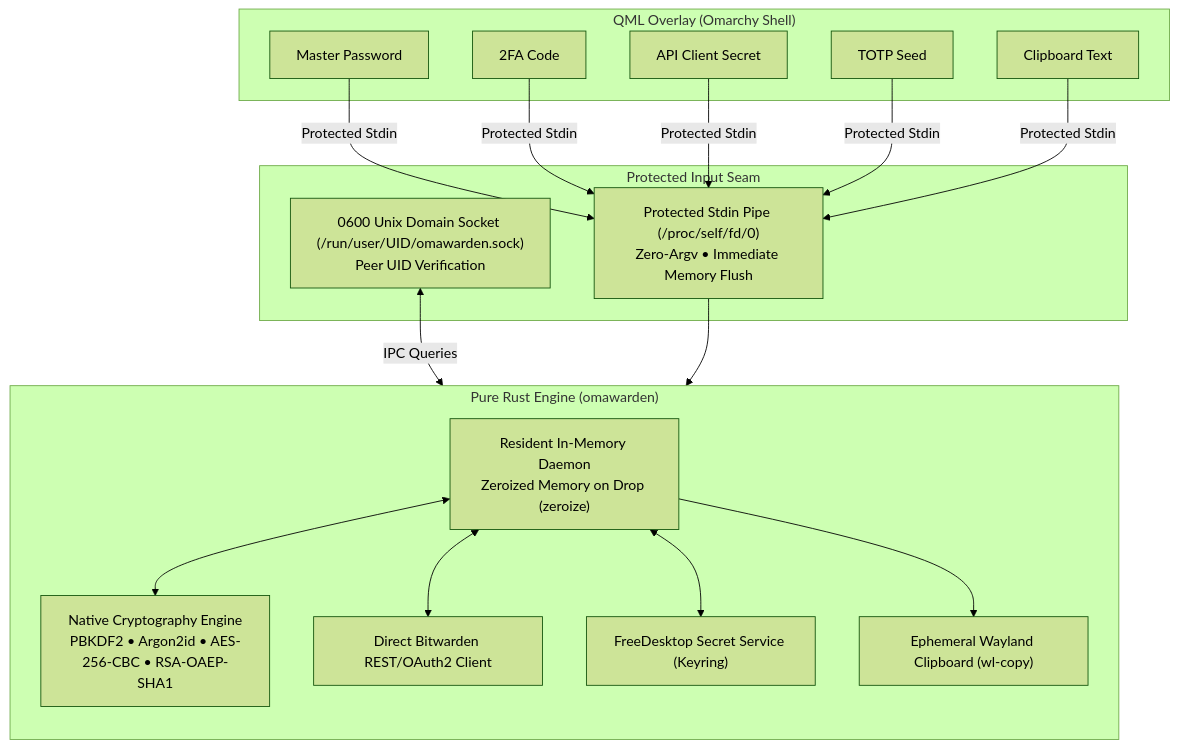
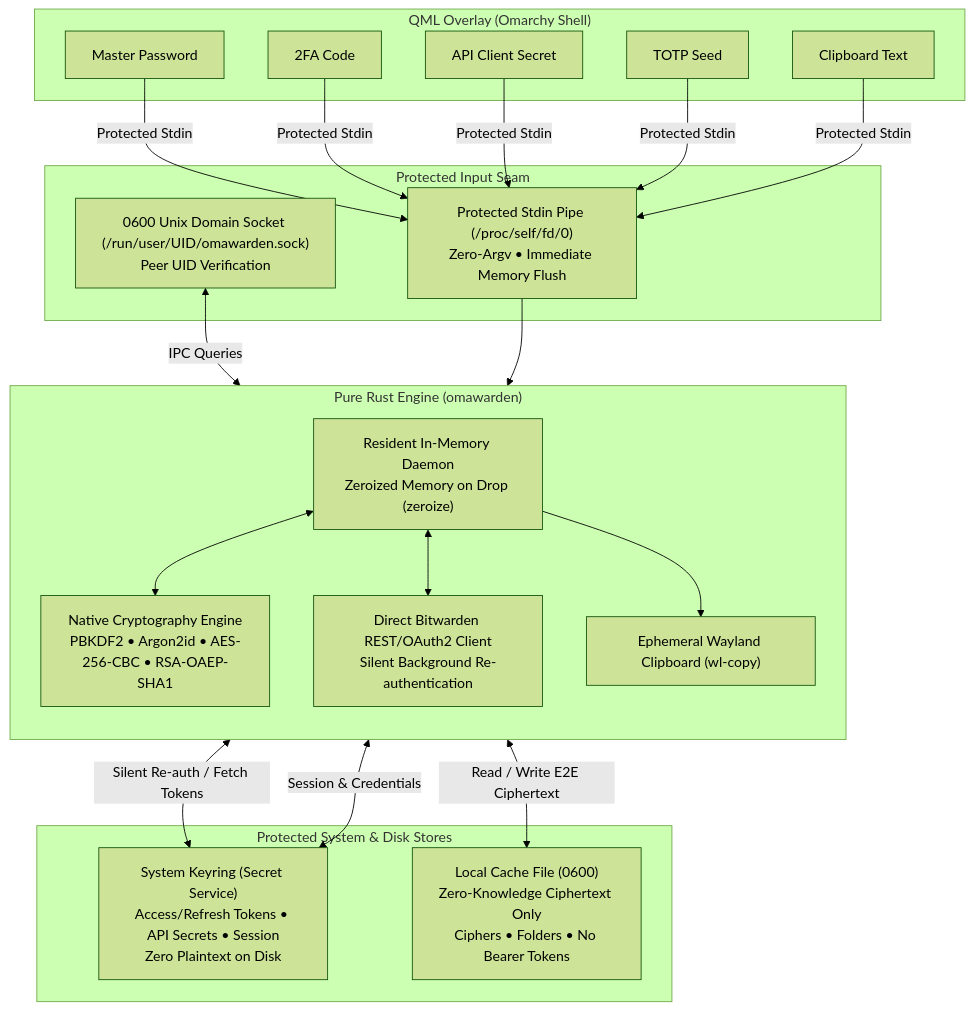
The diagram in README.md (icyleaf/omarchy-bitwarden), drawn with Mermaid (forest theme) before and after one commit. The commit also changed other lines of this file and 1 other file, not shown here.

Commit message:
docs: update why omarchy-bitwarden with token storage and caching comparison

````diff
--- a/README.md
+++ b/README.md
@@ -123,38 +127,45 @@
 ```mermaid
 flowchart TD
     subgraph Frontend["QML Overlay (Omarchy Shell)"]
         UI_Pwd["Master Password"]
         UI_2FA["2FA Code"]
         UI_API["API Client Secret"]
         UI_TOTP["TOTP Seed"]
         UI_Clip["Clipboard Text"]
     end
 
     subgraph Seam["Protected Input Seam"]
         P_Stdin["Protected Stdin Pipe (/proc/self/fd/0)\nZero-Argv • Immediate Memory Flush"]
         P_Sock["0600 Unix Domain Socket (/run/user/UID/omawarden.sock)\nPeer UID Verification"]
     end
 
     subgraph Engine["Pure Rust Engine (omawarden)"]
         direction TB
         Daemon["Resident In-Memory Daemon\nZeroized Memory on Drop (zeroize)"]
         Crypto["Native Cryptography Engine\nPBKDF2 • Argon2id • AES-256-CBC • RSA-OAEP-SHA1"]
-        REST["Direct Bitwarden REST/OAuth2 Client"]
-        Keyring["FreeDesktop Secret Service (Keyring)"]
+        REST["Direct Bitwarden REST/OAuth2 Client\nSilent Background Re-authentication"]
         Clipboard["Ephemeral Wayland Clipboard (wl-copy)"]
+    end
+
+    subgraph SecurityStore["Protected System & Disk Stores"]
+        Keyring["System Keyring (Secret Service)\nAccess/Refresh Tokens • API Secrets • Session\nZero Plaintext on Disk"]
+        Disk["Local Cache File (0600)\nZero-Knowledge Ciphertext Only\nCiphers • Folders • No Bearer Tokens"]
     end
 
     UI_Pwd -->|Protected Stdin| P_Stdin
     UI_2FA -->|Protected Stdin| P_Stdin
     UI_API -->|Protected Stdin| P_Stdin
     UI_TOTP -->|Protected Stdin| P_Stdin
     UI_Clip -->|Protected Stdin| P_Stdin
 
     P_Stdin --> Engine
     P_Sock <-->|IPC Queries| Daemon
 
     Daemon <--> Crypto
     Daemon <--> REST
-    Daemon <--> Keyring
     Daemon --> Clipboard
+
+    REST <-->|Silent Re-auth / Fetch Tokens| Keyring
+    Daemon <-->|Read / Write E2E Ciphertext| Disk
+    Daemon <-->|Session & Credentials| Keyring
 ```
````
